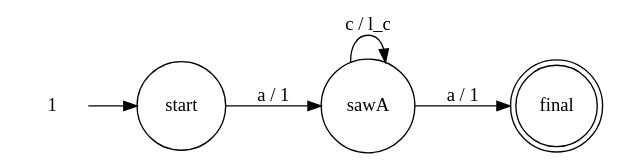
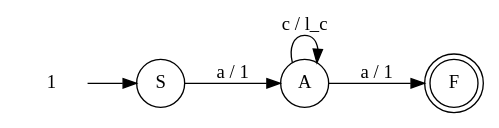
The diagram in aca_or_bc_simplified_3.dot (amandasystems/incremental-parikh-images), drawn with Graphviz before and after one commit. The commit also changed 14 other files, not shown here.

```diff
--- a/aca_or_bc_simplified_3.dot
+++ b/aca_or_bc_simplified_3.dot
@@ -1,10 +1,10 @@
 digraph Automaton {rankdir = LR;
 initial [shape=plaintext,label="1"];
 initial -> start;
-start [shape=circle,label="start"];
+start [shape=circle,label="S"];
 start -> sawA [label="a / 1 "]
-sawA [shape=circle,label="sawA"];
+sawA [shape=circle,label="A"];
 sawA -> sawA [label="c / l_c"]
 sawA -> final [label="a / 1 "]
-final [shape=doublecircle,label="final"];
+final [shape=doublecircle,label="F"];
 }
```
